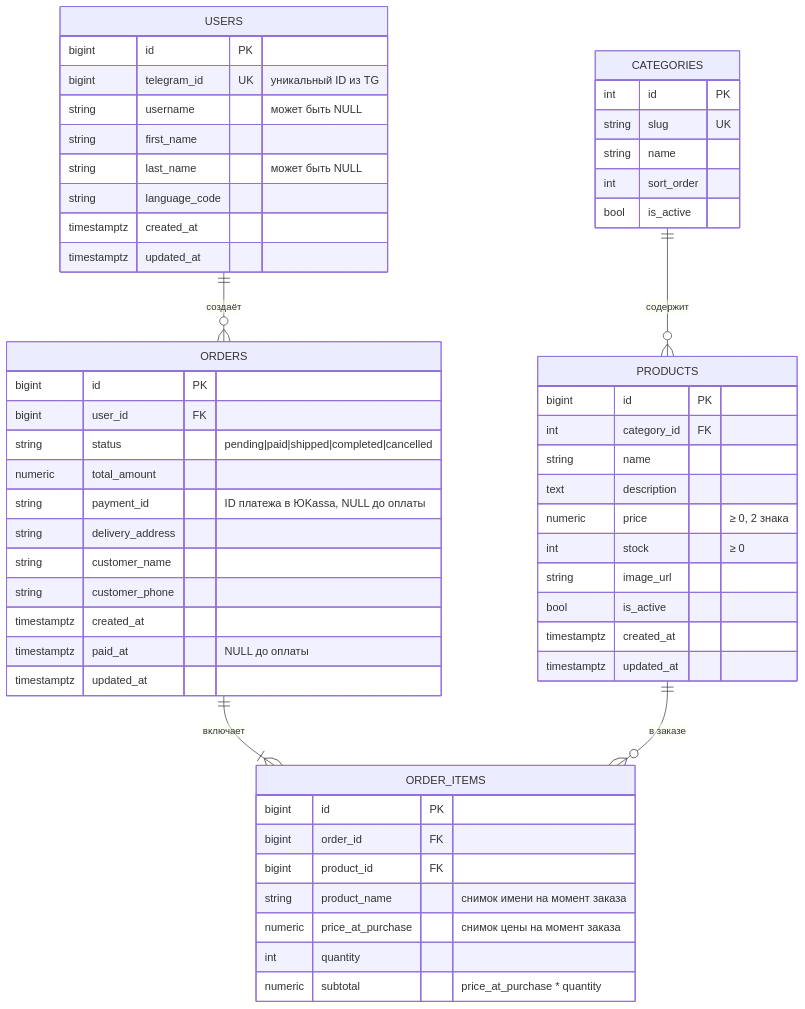
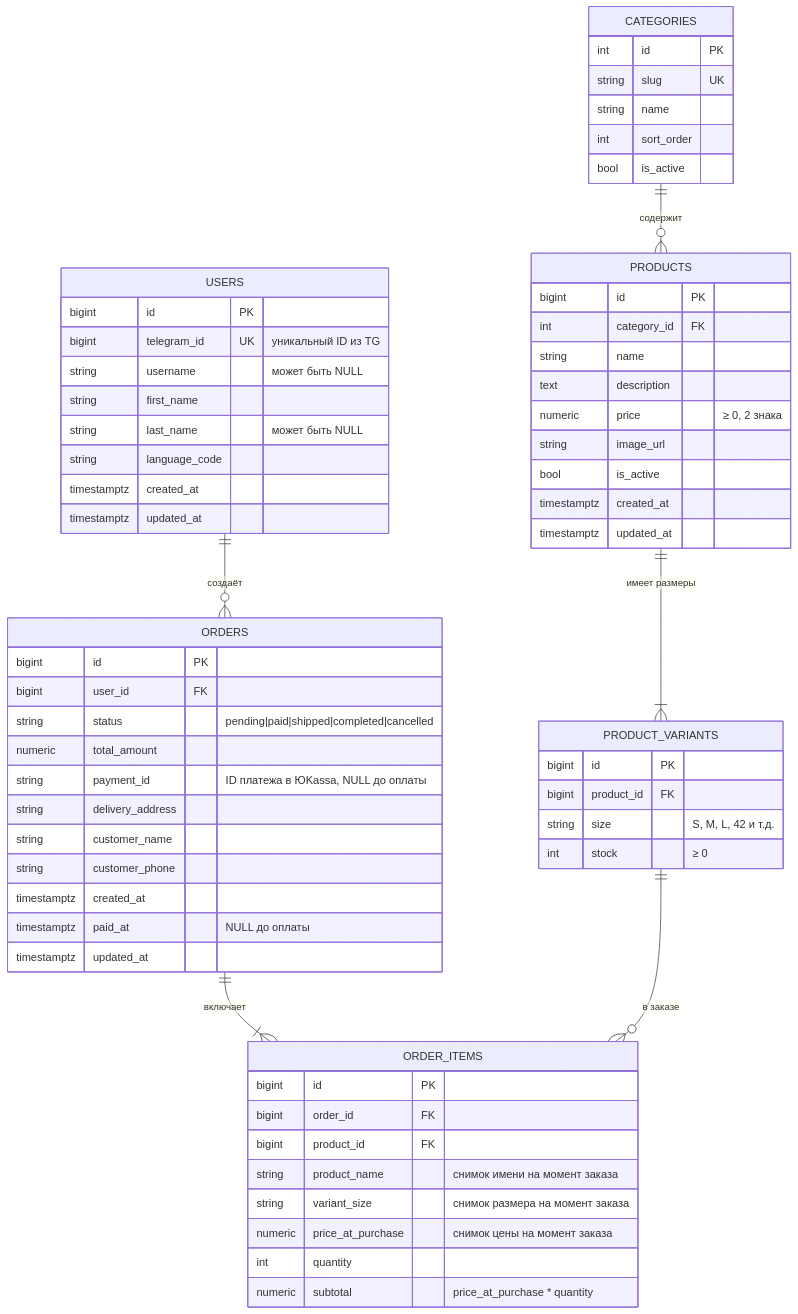
The fifth of 6 diagrams in docs/ARCHITECTURE.ru.md (VladimirTravkin/tg-shop-miniapp), drawn with Mermaid before and after one commit. The commit also changed other lines of this file and 8 other files, not shown here.

Commit message:
feat: add product variants (SKU) for sizes and update order logic

````diff
--- a/docs/ARCHITECTURE.ru.md
+++ b/docs/ARCHITECTURE.ru.md
@@ -194,59 +194,66 @@
 ```mermaid
 erDiagram
     USERS ||--o{ ORDERS : "создаёт"
     CATEGORIES ||--o{ PRODUCTS : "содержит"
+    PRODUCTS ||--|{ PRODUCT_VARIANTS : "имеет размеры"
     ORDERS ||--|{ ORDER_ITEMS : "включает"
-    PRODUCTS ||--o{ ORDER_ITEMS : "в заказе"
+    PRODUCT_VARIANTS ||--o{ ORDER_ITEMS : "в заказе"
 
     USERS {
         bigint id PK
         bigint telegram_id UK "уникальный ID из TG"
         string username "может быть NULL"
         string first_name
         string last_name "может быть NULL"
         string language_code
         timestamptz created_at
         timestamptz updated_at
     }
     CATEGORIES {
         int id PK
         string slug UK
         string name
         int sort_order
         bool is_active
     }
     PRODUCTS {
         bigint id PK
         int category_id FK
         string name
         text description
         numeric price "≥ 0, 2 знака"
-        int stock "≥ 0"
         string image_url
         bool is_active
         timestamptz created_at
         timestamptz updated_at
+    }
+    PRODUCT_VARIANTS {
+        bigint id PK
+        bigint product_id FK
+        string size "S, M, L, 42 и т.д."
+        int stock "≥ 0"
     }
     ORDERS {
         bigint id PK
         bigint user_id FK
         string status "pending|paid|shipped|completed|cancelled"
         numeric total_amount
         string payment_id "ID платежа в ЮKassa, NULL до оплаты"
         string delivery_address
         string customer_name
         string customer_phone
         timestamptz created_at
         timestamptz paid_at "NULL до оплаты"
         timestamptz updated_at
     }
     ORDER_ITEMS {
         bigint id PK
         bigint order_id FK
         bigint product_id FK
         string product_name "снимок имени на момент заказа"
+        string variant_size "снимок размера на момент заказа"
         numeric price_at_purchase "снимок цены на момент заказа"
         int quantity
         numeric subtotal "price_at_purchase * quantity"
     }
 ```
````
